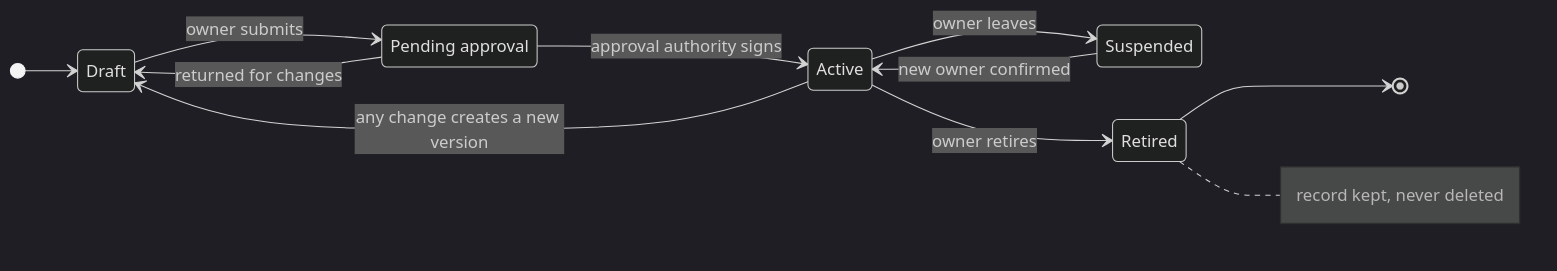
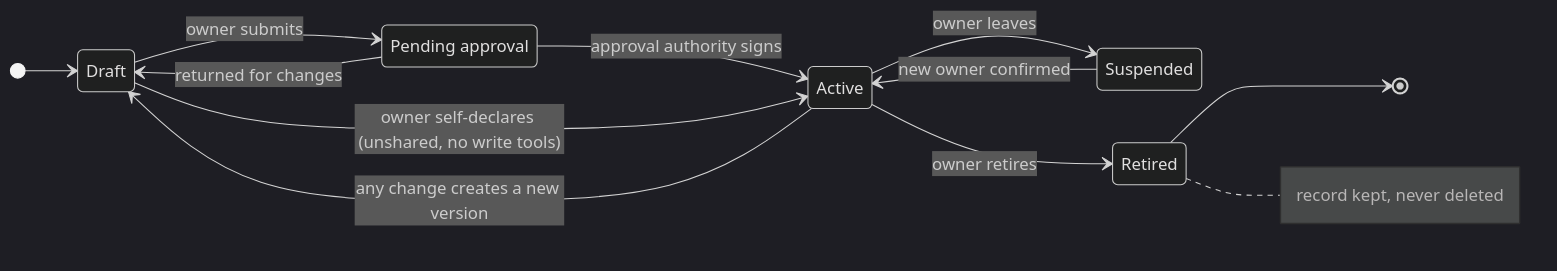
Before and after one commit to almma-ai/delegation-charter: the diagram in SPEC.md, drawn with Mermaid (dark theme). The commit also changed other lines of this file and 2 other files, not shown here.

Commit message:
Spec v0.1.1: Enforced/Instructed tags, self-declared charters, draft testing, defaults for pillars 6 and 8.

````diff
--- a/SPEC.md
+++ b/SPEC.md
@@ -82,15 +82,16 @@
 ```mermaid
 stateDiagram-v2
     direction LR
     [*] --> Draft
     Draft --> PendingApproval: owner submits
     PendingApproval --> Draft: returned for changes
     PendingApproval --> Active: approval authority signs
+    Draft --> Active: owner self-declares (unshared, no write tools)
     Active --> Draft: any change creates a new version
     Active --> Suspended: owner leaves
     Suspended --> Active: new owner confirmed
     Active --> Retired: owner retires
     Retired --> [*]
     PendingApproval: Pending approval
     note right of Retired: record kept, never deleted
 ```
````
